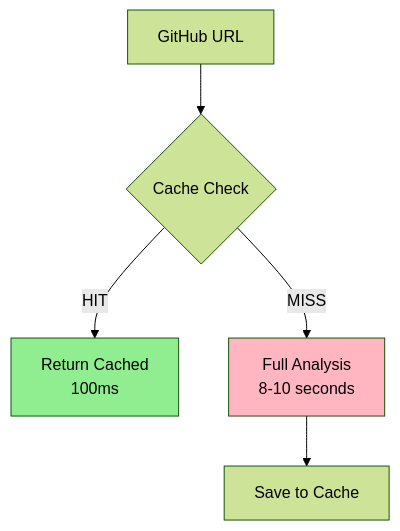
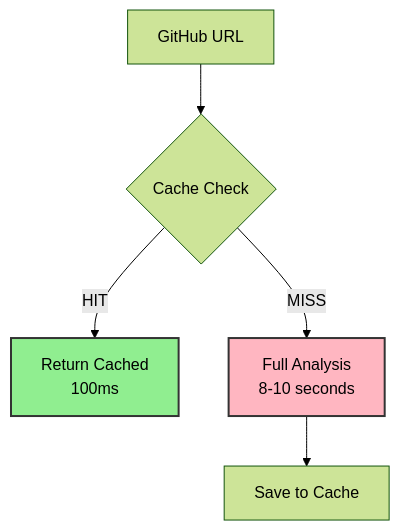
One commit to Aarzoo-Bansal/ai-demo-builder-2.0 changed the fourth of 4 diagrams in infrastructure/README.md. Above: the diagram before and after it, drawn with Mermaid (forest theme). The commit also changed other lines of this file, not shown here.

````diff
--- a/infrastructure/README.md
+++ b/infrastructure/README.md
@@ -141,10 +141,10 @@
 ```mermaid
 flowchart TD
     A[GitHub URL] --> B{Cache Check}
     B -->|HIT| C[Return Cached<br/>100ms]
     B -->|MISS| D[Full Analysis<br/>8-10 seconds]
     D --> E[Save to Cache]
     
-    style C fill:#90EE90
-    style D fill:#FFB6C1
+    style C fill:#90EE90,stroke:#333,stroke-width:2px
+    style D fill:#FFB6C1,stroke:#333,stroke-width:2px
 ```
````
